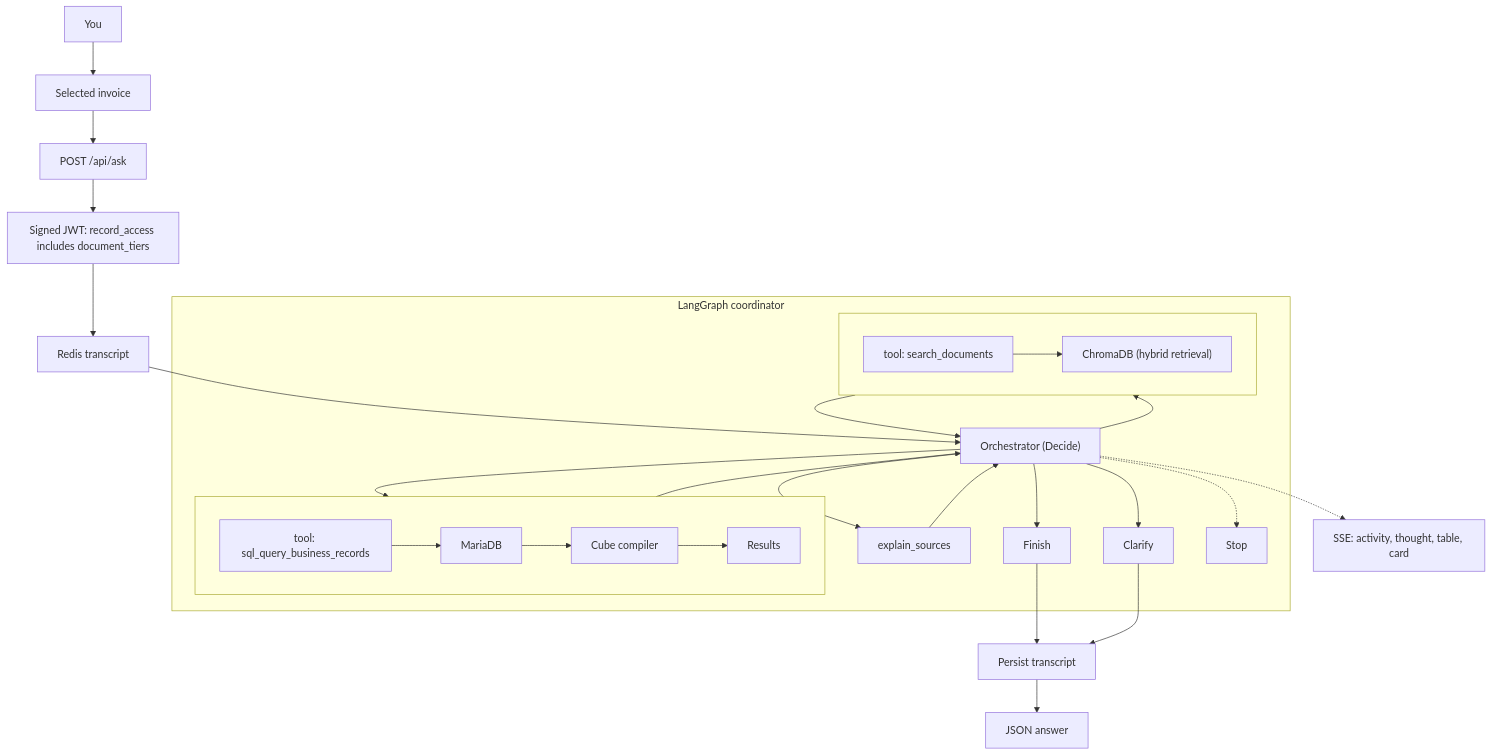
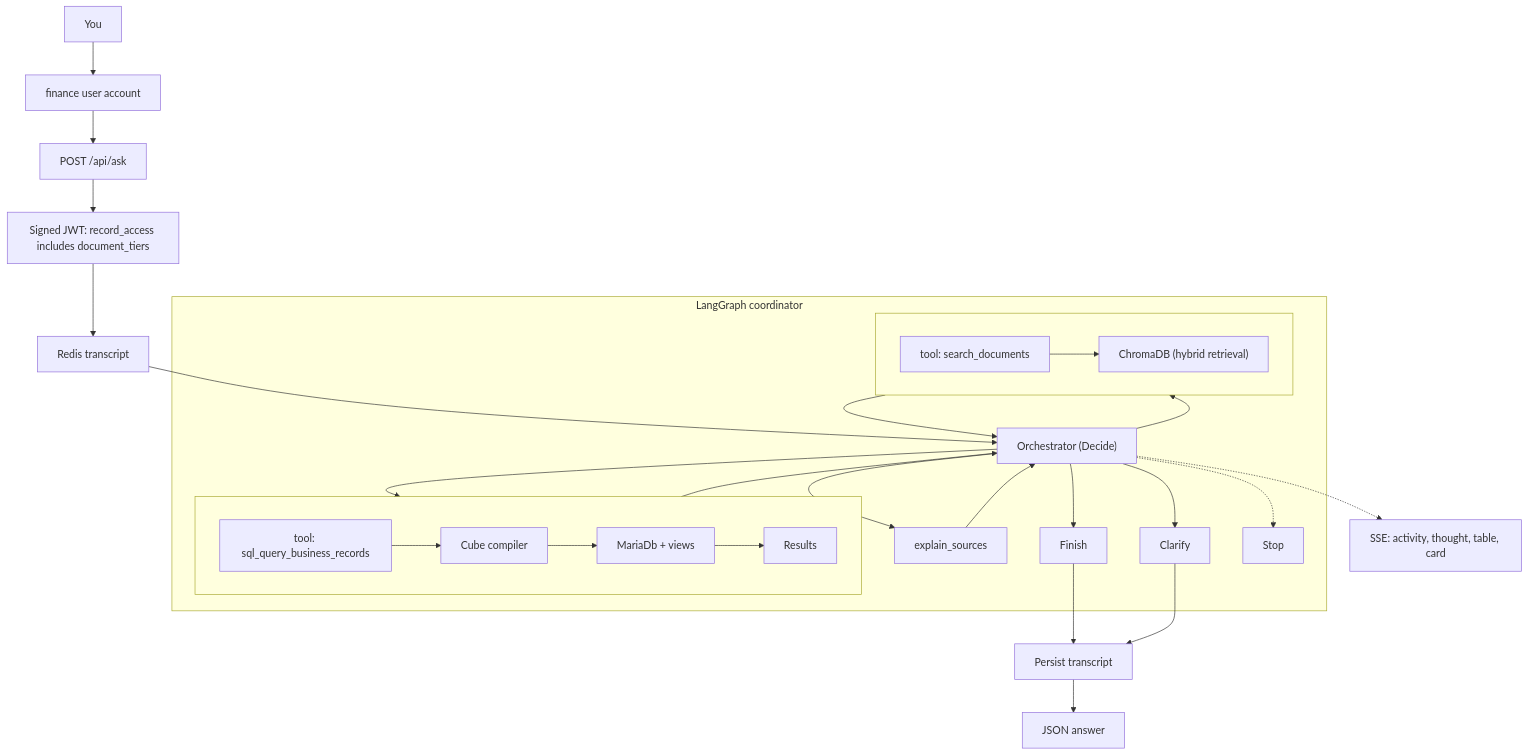
Before and after one commit to abhaloo/mcp-assistant-demo: the first of 2 diagrams in README.md, drawn with Mermaid.

Commit message:
docs: swap Cube and MariaDb nodes in architecture diagram

````diff
--- a/README.md
+++ b/README.md
@@ -15,54 +15,54 @@
 ```mermaid
 flowchart TB
   you[You]
-  recCtx[Selected invoice]
+  recCtx[finance user account]
   api["POST /api/ask"]
   you --> recCtx --> api
 
   jwt["Signed JWT: record_access includes document_tiers"]
   api --> jwt
 
   redis[Redis transcript]
   jwt --> redis
 
   subgraph lg [LangGraph coordinator]
     decide["Orchestrator (Decide)"]
     explain[explain_sources]
     clarify[Clarify]
     finish[Finish]
     stop[Stop]
     decide --> explain
     decide --> clarify
     decide --> finish
     decide -.-> stop
     explain --> decide
 
     subgraph bqLine [ ]
       direction LR
       bqTool["tool: sql_query_business_records"]
-      maria[MariaDB]
       cube[Cube compiler]
+      maria[MariaDb + views]
       results[Results]
-      bqTool --> maria --> cube --> results
+      bqTool --> cube --> maria --> results
     end
 
     subgraph docLine [ ]
       direction LR
       docTool["tool: search_documents"]
       chroma["ChromaDB (hybrid retrieval)"]
       docTool --> chroma
     end
 
     decide --> bqTool
     decide --> docTool
     results --> decide
     docTool --> decide
   end
   redis --> decide
 
   sse["SSE: activity, thought, table, card"]
   decide -.-> sse
   finish --> persist[Persist transcript]
   clarify --> persist
   persist --> json[JSON answer]
 ```
````
